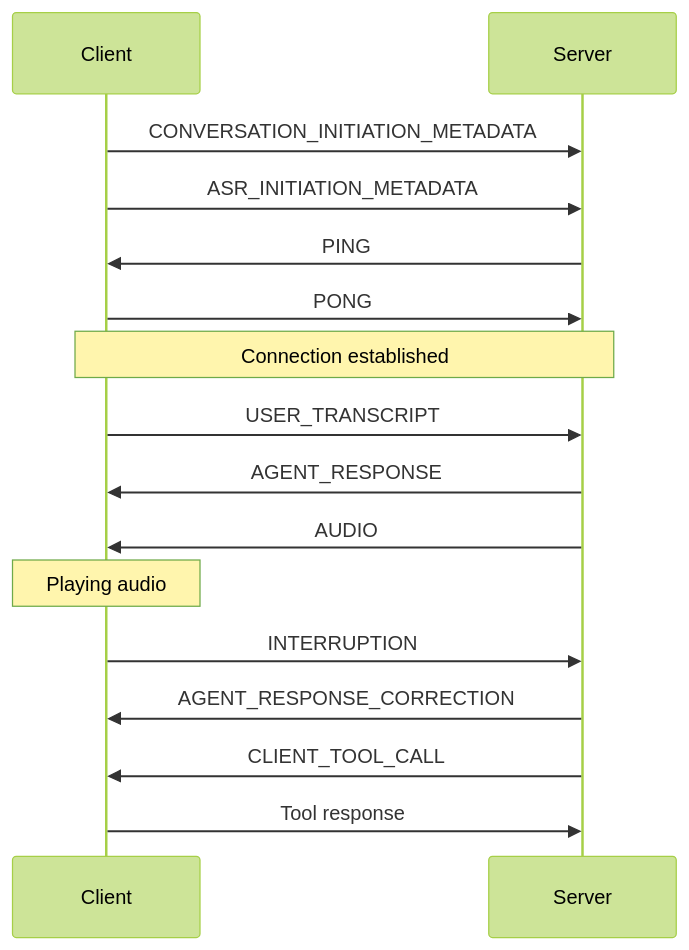
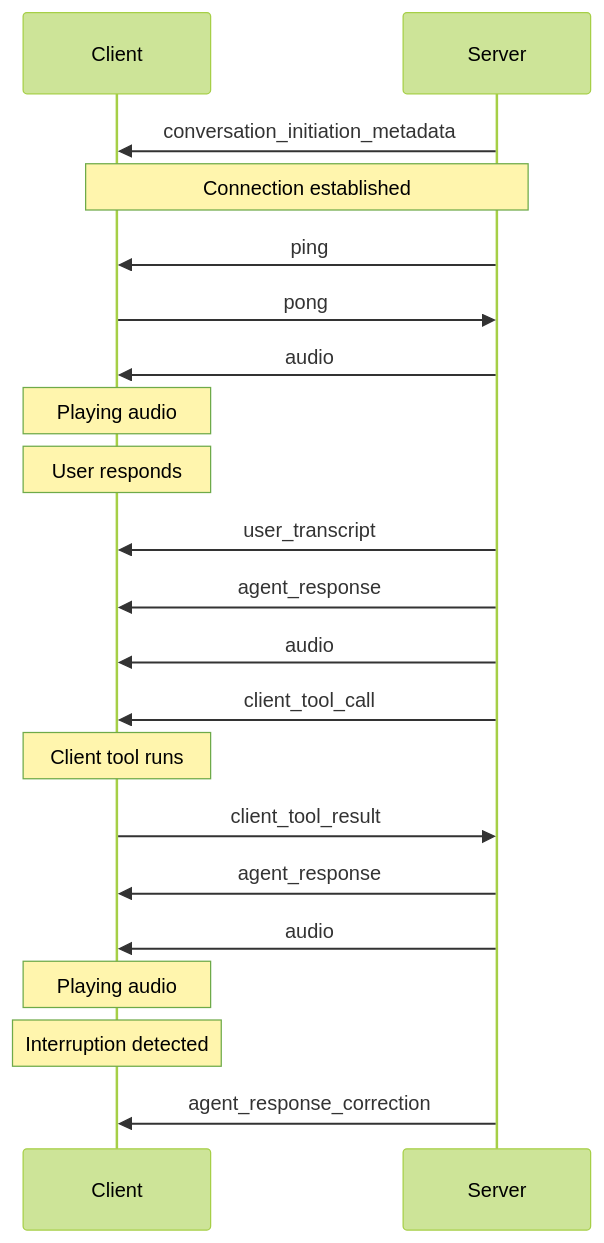
One commit to elevenlabs/elevenlabs-docs changed the diagram in fern/conversational-ai/pages/customization/client-events.mdx. Above: the diagram before and after it, drawn with Mermaid (forest theme). The commit also changed other lines of this file, not shown here.

Commit message:
feat: update client events

````diff
--- a/fern/conversational-ai/pages/customization/client-events.mdx
+++ b/fern/conversational-ai/pages/customization/client-events.mdx
@@ -142,19 +229,25 @@
 ```mermaid
 sequenceDiagram
     participant Client
     participant Server
 
-    Client->>Server: CONVERSATION_INITIATION_METADATA
-    Client->>Server: ASR_INITIATION_METADATA
-    Server->>Client: PING
-    Client->>Server: PONG
+    Server->>Client: conversation_initiation_metadata
     Note over Client,Server: Connection established
-    Client->>Server: USER_TRANSCRIPT
-    Server->>Client: AGENT_RESPONSE
-    Server->>Client: AUDIO
+    Server->>Client: ping
+    Client->>Server: pong
+    Server->>Client: audio
     Note over Client: Playing audio
-    Client->>Server: INTERRUPTION
-    Server->>Client: AGENT_RESPONSE_CORRECTION
-    Server->>Client: CLIENT_TOOL_CALL
-    Client->>Server: Tool response
+    Note over Client: User responds
+    Server->>Client: user_transcript
+    Server->>Client: agent_response
+    Server->>Client: audio
+    Server->>Client: client_tool_call
+    Note over Client: Client tool runs
+    Client->>Server: client_tool_result
+    Server->>Client: agent_response
+    Server->>Client: audio
+    Note over Client: Playing audio
+    Note over Client: Interruption detected
+    Server->>Client: agent_response_correction
+
 ```
````
